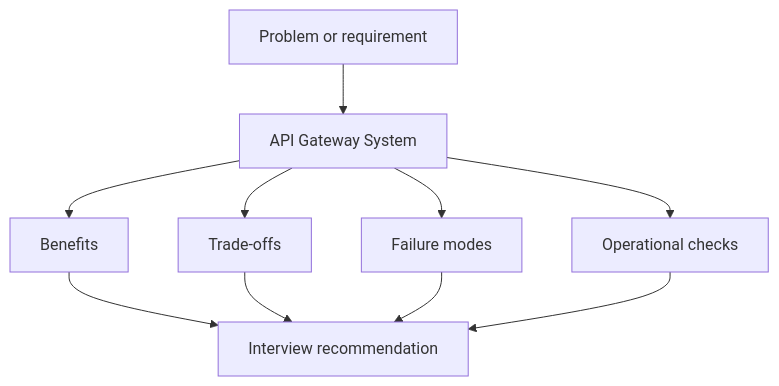
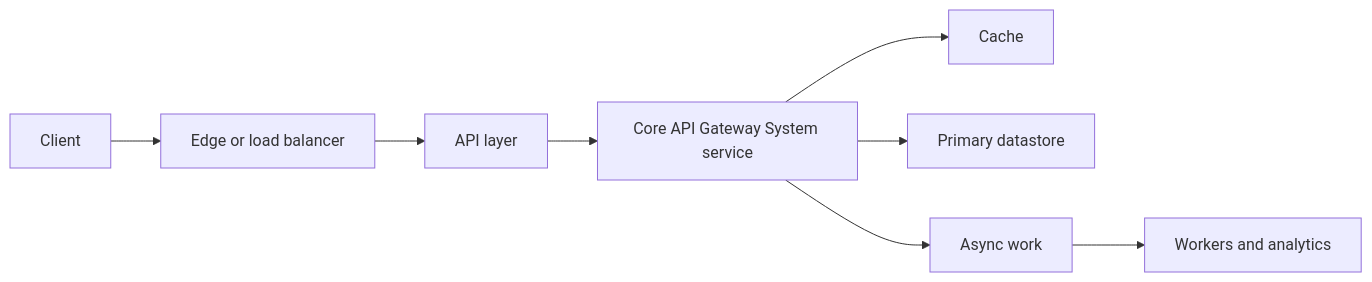
Before and after one commit to abstractinterviews/abstractinterviews.github.io: the second of 3 diagrams in case-studies/api-gateway/index.md, drawn with Mermaid. The commit also changed other lines of this file and 278 other files, not shown here.

````diff
--- a/case-studies/api-gateway/index.md
+++ b/case-studies/api-gateway/index.md
@@ -83,12 +75,10 @@
-~~~mermaid
-flowchart TD
-    Problem["Problem or requirement"] --> Concept["API Gateway System"]
-    Concept --> Benefits["Benefits"]
-    Concept --> Tradeoffs["Trade-offs"]
-    Concept --> FailureModes["Failure modes"]
-    Concept --> Operations["Operational checks"]
-    Benefits --> Decision["Interview recommendation"]
-    Tradeoffs --> Decision
-    FailureModes --> Decision
-    Operations --> Decision
-~~~
+```mermaid
+flowchart LR
+    Client["Client"] --> Edge["Edge or load balancer"]
+    Edge --> API["API layer"]
+    API --> Core["Core API Gateway System service"]
+    Core --> Cache["Cache"]
+    Core --> DB["Primary datastore"]
+    Core --> Queue["Async work"]
+    Queue --> Workers["Workers and analytics"]
+```
````
